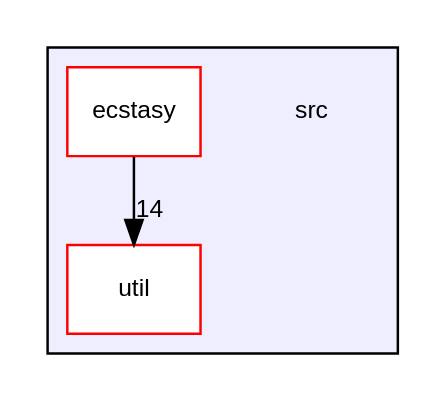
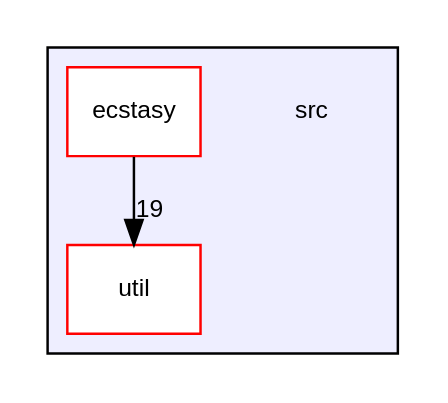
One commit to AndreasLrx/ecstasy changed the diagram in dir_68267d1309a1af8e8297ef4c3efbcdba_dep.dot. Above: the diagram before and after it, drawn with Graphviz. The commit also changed 452 other files, not shown here.

```diff
--- a/dir_68267d1309a1af8e8297ef4c3efbcdba_dep.dot
+++ b/dir_68267d1309a1af8e8297ef4c3efbcdba_dep.dot
@@ -1,12 +1,12 @@
 digraph "src" {
   compound=true
   node [ fontsize="10", fontname="Helvetica"];
   edge [ labelfontsize="10", labelfontname="Helvetica"];
   subgraph clusterdir_68267d1309a1af8e8297ef4c3efbcdba {
     graph [ bgcolor="#eeeeff", pencolor="black", label="" URL="dir_68267d1309a1af8e8297ef4c3efbcdba.html"];
     dir_68267d1309a1af8e8297ef4c3efbcdba [shape=plaintext label="src"];
   dir_6b0b9537e2784bce85aaa1605580a3a0 [shape=box label="ecstasy" fillcolor="white" style="filled" color="red" URL="dir_6b0b9537e2784bce85aaa1605580a3a0.html"];
   dir_b7878ad5ecbf2506f4125b9d34c97e45 [shape=box label="util" fillcolor="white" style="filled" color="red" URL="dir_b7878ad5ecbf2506f4125b9d34c97e45.html"];
   }
-  dir_6b0b9537e2784bce85aaa1605580a3a0->dir_b7878ad5ecbf2506f4125b9d34c97e45 [headlabel="14", labeldistance=1.5 headhref="dir_000001_000025.html"];
+  dir_6b0b9537e2784bce85aaa1605580a3a0->dir_b7878ad5ecbf2506f4125b9d34c97e45 [headlabel="19", labeldistance=1.5 headhref="dir_000001_000025.html"];
 }
```
